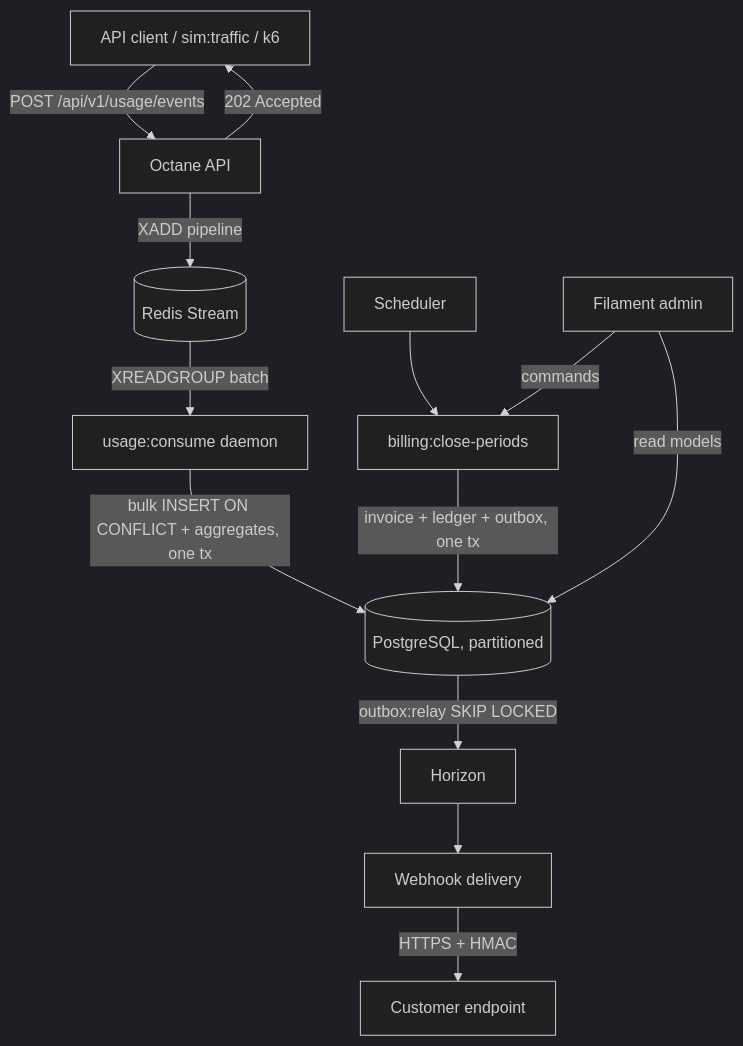
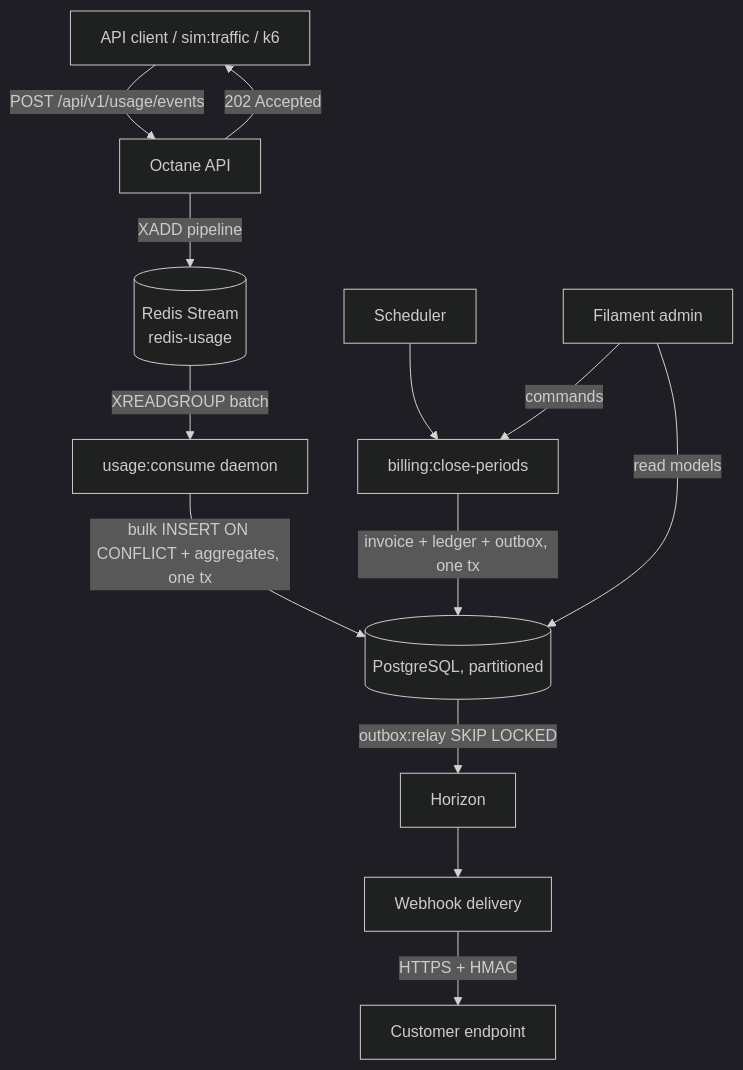
Before and after one commit to yarosavromachenko/Metered: the second of 2 diagrams in README.md, drawn with Mermaid (dark theme). The commit also changed other lines of this file and 5 other files, not shown here.

First line of the commit message:
docs: bring the architecture and health notes in line with 1.1.0

````diff
--- a/README.md
+++ b/README.md
@@ -103,15 +103,15 @@
 ```mermaid
 flowchart TD
     C[API client / sim:traffic / k6] -->|POST /api/v1/usage/events| API[Octane API]
-    API -->|XADD pipeline| RS[(Redis Stream)]
+    API -->|XADD pipeline| RS[("Redis Stream<br/>redis-usage")]
     API -->|202 Accepted| C
     RS -->|XREADGROUP batch| W[usage:consume daemon]
     W -->|bulk INSERT ON CONFLICT + aggregates, one tx| PG[(PostgreSQL, partitioned)]
     SCH[Scheduler] --> BJ[billing:close-periods]
     BJ -->|invoice + ledger + outbox, one tx| PG
     PG -->|outbox:relay SKIP LOCKED| Q[Horizon]
     Q --> WH[Webhook delivery]
     WH -->|HTTPS + HMAC| CE[Customer endpoint]
     ADM[Filament admin] -->|read models| PG
     ADM -->|commands| BJ
 ```
````
